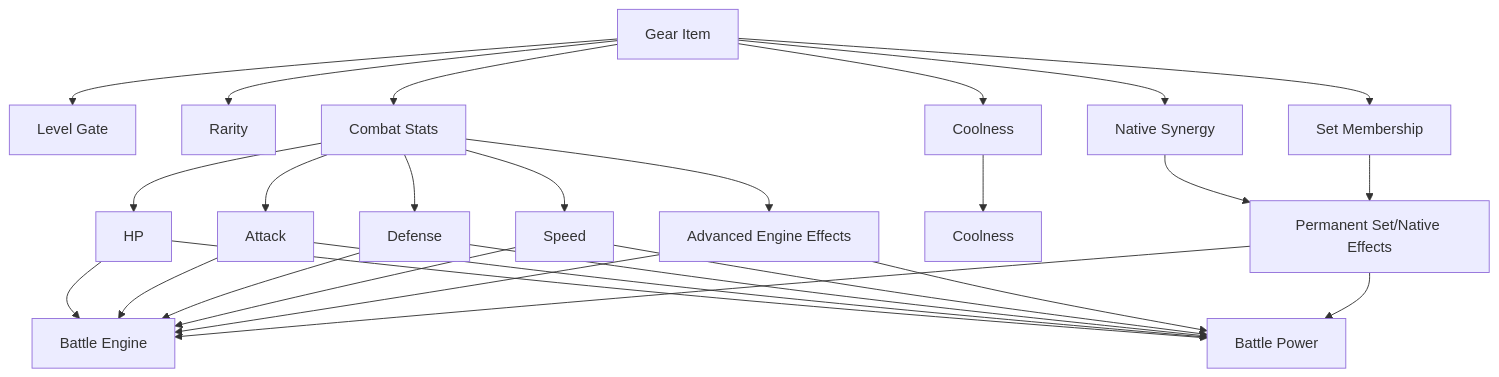
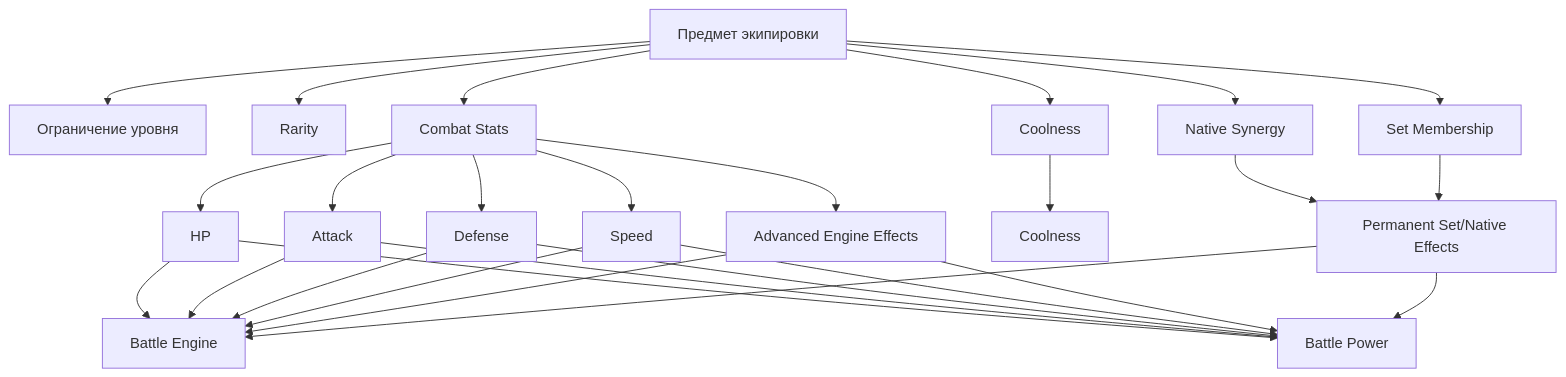
Before and after one commit to gselfman/QuRa-Game-Design: the fourth of 10 diagrams in GAME_DEPENDENCY_GRAPH.md, drawn with Mermaid. The commit also changed other lines of this file, not shown here.

Commit message:
docs(P7): fix mistranslations and remove GE payout from dependency diagram

````diff
--- a/GAME_DEPENDENCY_GRAPH.md
+++ b/GAME_DEPENDENCY_GRAPH.md
@@ -377,33 +377,33 @@
 ```mermaid
 flowchart TD
-    A[Gear Item] --> B[Level Gate]
+    A[Предмет экипировки] --> B[Ограничение уровня]
     A --> C[Rarity]
     A --> D[Coolness]
     A --> E[Combat Stats]
     A --> F[Native Synergy]
     A --> G[Set Membership]
 
     E --> H[HP]
     E --> I[Attack]
     E --> J[Defense]
     E --> K[Speed]
     E --> L[Advanced Engine Effects]
 
     H --> M[Battle Engine]
     I --> M
     J --> M
     K --> M
     L --> M
 
     H --> N[Battle Power]
     I --> N
     J --> N
     K --> N
     L --> N
 
     D --> O[Coolness]
     F --> P[Permanent Set/Native Effects]
     G --> P
     P --> M
     P --> N
 ```
````
